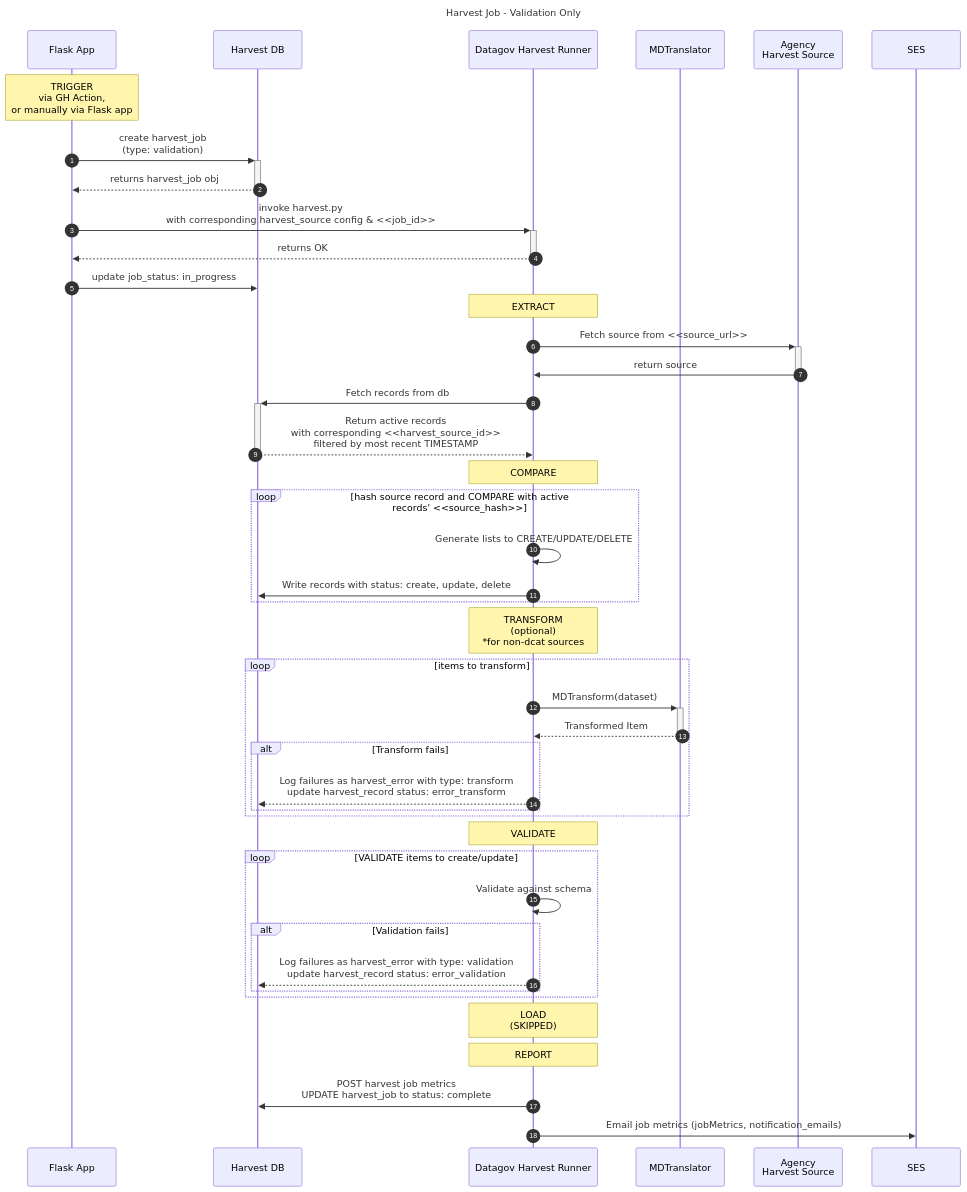
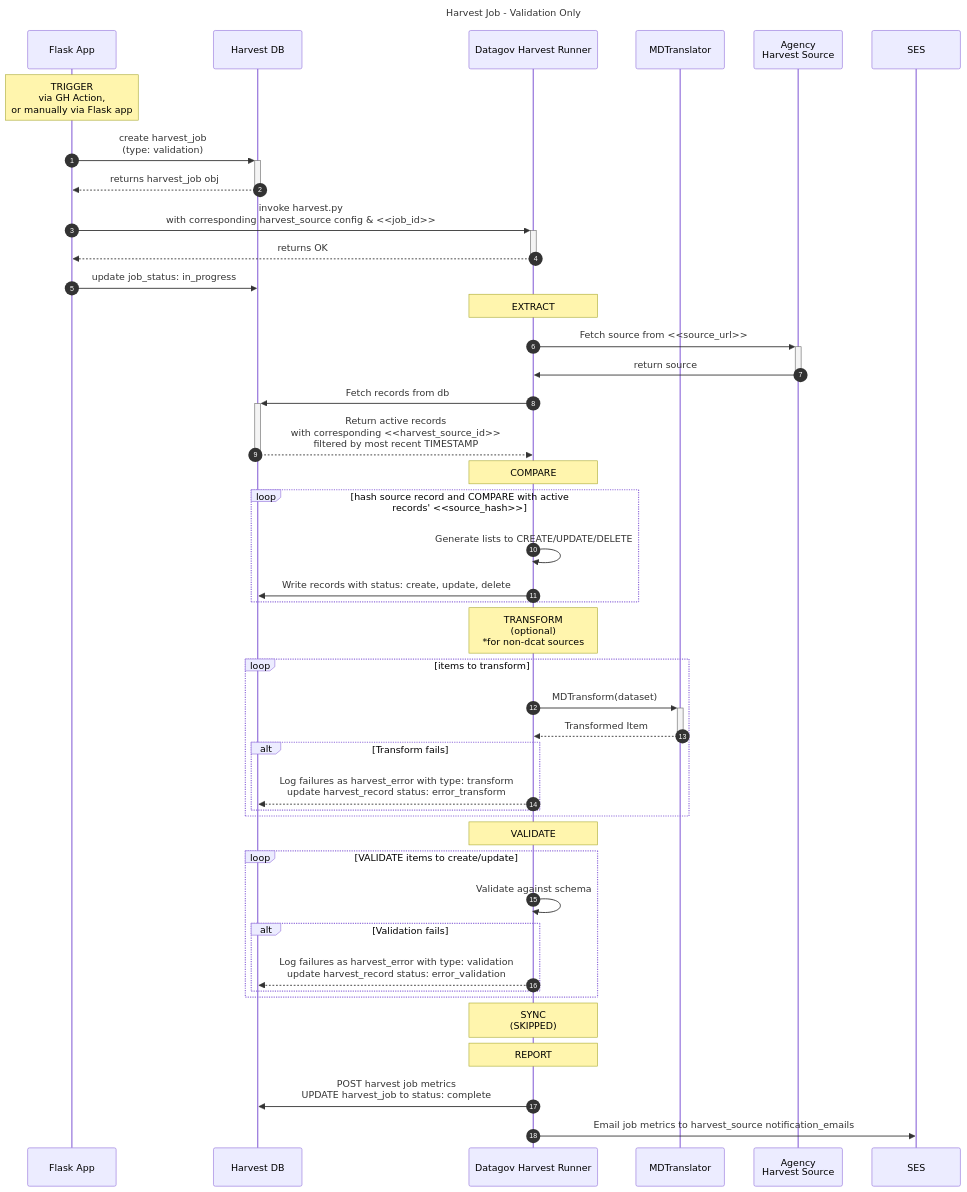
Before and after one commit to GSA/datagov-harvester: the diagram in docs/diagrams/mermaid/src/harvest_job_seq__validate.md, drawn with Mermaid. The commit also changed 10 other files, not shown here.

````diff
--- a/docs/diagrams/mermaid/src/harvest_job_seq__validate.md
+++ b/docs/diagrams/mermaid/src/harvest_job_seq__validate.md
@@ -1,49 +1,49 @@
 ```mermaid
 ---
 title: Harvest Job - Validation Only
 ---
 sequenceDiagram
     autonumber
     participant FA as Flask App
     participant HDB as Harvest DB
     participant DHR as Datagov Harvest Runner
     participant MD as MDTranslator
     participant HS as Agency<br>Harvest Source
     participant SES
     note over FA: TRIGGER <br> via GH Action,<br>or manually via Flask app
     FA->>+HDB: create harvest_job<br>(type: validation)
     HDB-->>-FA: returns harvest_job obj
     FA->>+DHR: invoke harvest.py<br> with corresponding harvest_source config & <<job_id>>
     DHR-->>-FA: returns OK
     FA->>HDB: update job_status: in_progress
     note over DHR: EXTRACT
     DHR->>+HS: Fetch source from <<source_url>>
     HS->>-DHR: return source
     DHR->>+HDB: Fetch records from db
     HDB-->>-DHR: Return active records<br>with corresponding <<harvest_source_id>><br>filtered by most recent TIMESTAMP
     note over DHR: COMPARE
     loop hash source record and COMPARE with active records' <<source_hash>>
         DHR->>DHR: Generate lists to CREATE/UPDATE/DELETE
         DHR->>HDB: Write records with status: create, update, delete
     end
     note over DHR: TRANSFORM<br>(optional)<br>*for non-dcat sources
     loop items to transform
         DHR->>+MD: MDTransform(dataset)
         MD-->>-DHR: Transformed Item
         alt Transform fails
             DHR-->>HDB: Log failures as harvest_error with type: transform<br>update harvest_record status: error_transform
         end
     end
     note over DHR: VALIDATE
     loop VALIDATE items to create/update
         DHR->>DHR: Validate against schema
         alt Validation fails
             DHR-->>HDB: Log failures as harvest_error with type: validation<br>update harvest_record status: error_validation
         end
     end
 
-    note over DHR: LOAD<br>(SKIPPED)
+    note over DHR: SYNC<br>(SKIPPED)
     note over DHR: REPORT
     DHR->>HDB: POST harvest job metrics <br> UPDATE harvest_job to status: complete
-    DHR->>SES: Email job metrics (jobMetrics, notification_emails)
+    DHR->>SES: Email job metrics to harvest_source notification_emails
 ```
````
